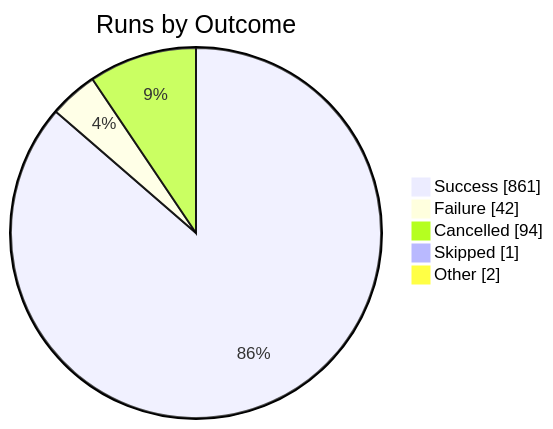
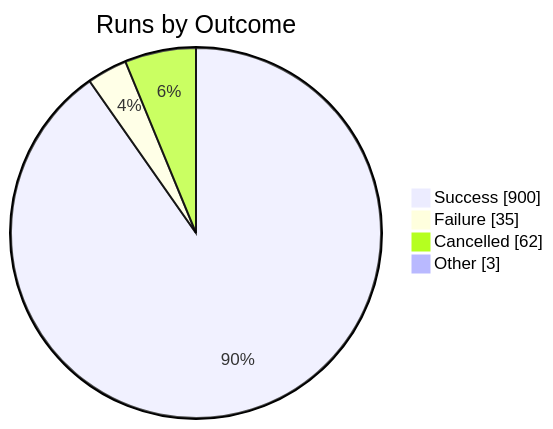
Before and after one commit to KBVE/kbve: the first of 2 diagrams in apps/kbve/astro-kbve/src/content/docs/dashboard/ci-health.mdx, drawn with Mermaid. The commit also changed other lines of this file and 1 other file, not shown here.

````diff
--- a/apps/kbve/astro-kbve/src/content/docs/dashboard/ci-health.mdx
+++ b/apps/kbve/astro-kbve/src/content/docs/dashboard/ci-health.mdx
@@ -189,9 +189,8 @@
 ```mermaid
 pie showData
     title Runs by Outcome
-    "Success" : 861
-    "Failure" : 42
-    "Cancelled" : 94
-    "Skipped" : 1
-    "Other" : 2
+    "Success" : 900
+    "Failure" : 35
+    "Cancelled" : 62
+    "Other" : 3
 ```
````
